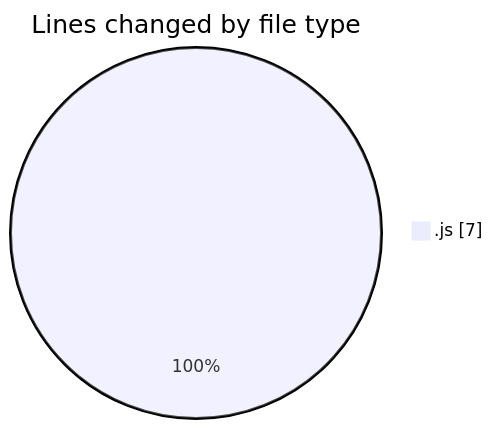
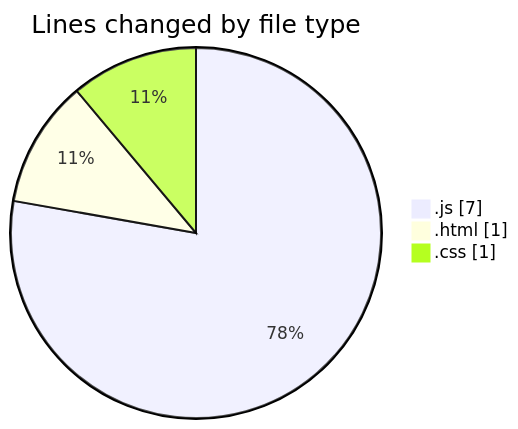
Before and after one commit to Ritupan-Deka/code-tracking: the first of 2 diagrams in 2025-01-24/projects/README.md, drawn with Mermaid. The commit also changed other lines of this file and 1 other file, not shown here.

````diff
--- a/2025-01-24/projects/README.md
+++ b/2025-01-24/projects/README.md
@@ -26,5 +28,7 @@
 ```mermaid
 pie showData
 title Lines changed by file type
 ".js" : 7
+".html" : 1
+".css" : 1
 ```
````
